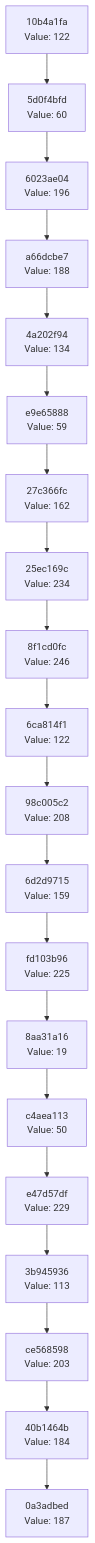
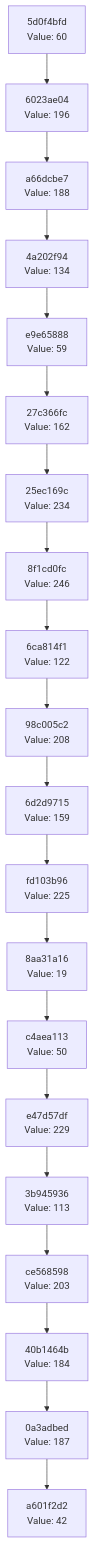
The diagram in docs/CHAIN_VISUALIZATION.md (Abhisheksinha1506/hash-chain-evolver), drawn with Mermaid before and after one commit. The commit also changed 3 other files, not shown here.

````diff
--- a/docs/CHAIN_VISUALIZATION.md
+++ b/docs/CHAIN_VISUALIZATION.md
@@ -3,42 +3,42 @@
 ```mermaid
 graph TD
-    C0["0a3adbed<br/>Value: 187"]
-    C1["40b1464b<br/>Value: 184"]
+    C0["a601f2d2<br/>Value: 42"]
+    C1["0a3adbed<br/>Value: 187"]
     C1 --> C0
-    C2["ce568598<br/>Value: 203"]
+    C2["40b1464b<br/>Value: 184"]
     C2 --> C1
-    C3["3b945936<br/>Value: 113"]
+    C3["ce568598<br/>Value: 203"]
     C3 --> C2
-    C4["e47d57df<br/>Value: 229"]
+    C4["3b945936<br/>Value: 113"]
     C4 --> C3
-    C5["c4aea113<br/>Value: 50"]
+    C5["e47d57df<br/>Value: 229"]
     C5 --> C4
-    C6["8aa31a16<br/>Value: 19"]
+    C6["c4aea113<br/>Value: 50"]
     C6 --> C5
-    C7["fd103b96<br/>Value: 225"]
+    C7["8aa31a16<br/>Value: 19"]
     C7 --> C6
-    C8["6d2d9715<br/>Value: 159"]
+    C8["fd103b96<br/>Value: 225"]
     C8 --> C7
-    C9["98c005c2<br/>Value: 208"]
+    C9["6d2d9715<br/>Value: 159"]
     C9 --> C8
-    C10["6ca814f1<br/>Value: 122"]
+    C10["98c005c2<br/>Value: 208"]
     C10 --> C9
-    C11["8f1cd0fc<br/>Value: 246"]
+    C11["6ca814f1<br/>Value: 122"]
     C11 --> C10
-    C12["25ec169c<br/>Value: 234"]
+    C12["8f1cd0fc<br/>Value: 246"]
     C12 --> C11
-    C13["27c366fc<br/>Value: 162"]
+    C13["25ec169c<br/>Value: 234"]
     C13 --> C12
-    C14["e9e65888<br/>Value: 59"]
+    C14["27c366fc<br/>Value: 162"]
     C14 --> C13
-    C15["4a202f94<br/>Value: 134"]
+    C15["e9e65888<br/>Value: 59"]
     C15 --> C14
-    C16["a66dcbe7<br/>Value: 188"]
+    C16["4a202f94<br/>Value: 134"]
     C16 --> C15
-    C17["6023ae04<br/>Value: 196"]
+    C17["a66dcbe7<br/>Value: 188"]
     C17 --> C16
-    C18["5d0f4bfd<br/>Value: 60"]
+    C18["6023ae04<br/>Value: 196"]
     C18 --> C17
-    C19["10b4a1fa<br/>Value: 122"]
+    C19["5d0f4bfd<br/>Value: 60"]
     C19 --> C18
 ```
````
